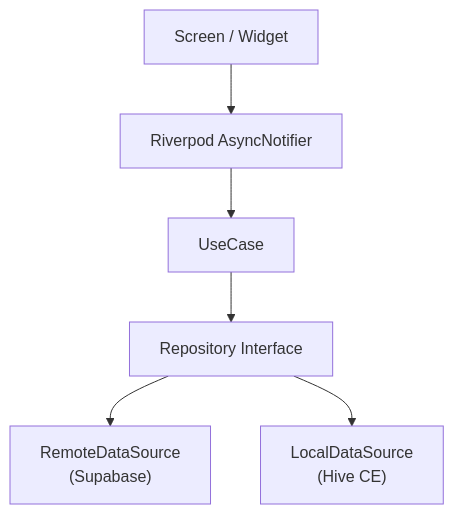
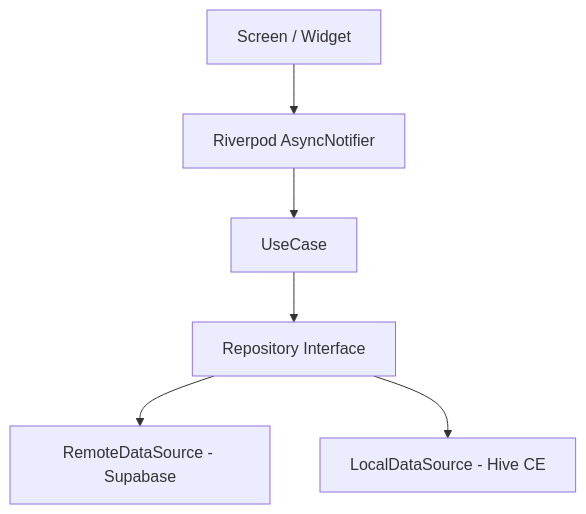
Before and after one commit to kaywalker91/LinkNote: the diagram in README.ko.md, drawn with Mermaid. The commit also changed 1 other file, not shown here.

Commit message:
fix(docs): Mermaid 노드 라벨 단순화로 GitHub 렌더링 오류 해결

````diff
--- a/README.ko.md
+++ b/README.ko.md
@@ -49,8 +49,8 @@
 ```mermaid
 graph TD
     Screen["Screen / Widget"] --> Notifier["Riverpod AsyncNotifier"]
     Notifier --> UseCase["UseCase"]
     UseCase --> Repository["Repository Interface"]
-    Repository --> Remote["RemoteDataSource\n(Supabase)"]
-    Repository --> Local["LocalDataSource\n(Hive CE)"]
+    Repository --> Remote["RemoteDataSource - Supabase"]
+    Repository --> Local["LocalDataSource - Hive CE"]
 ```
````
